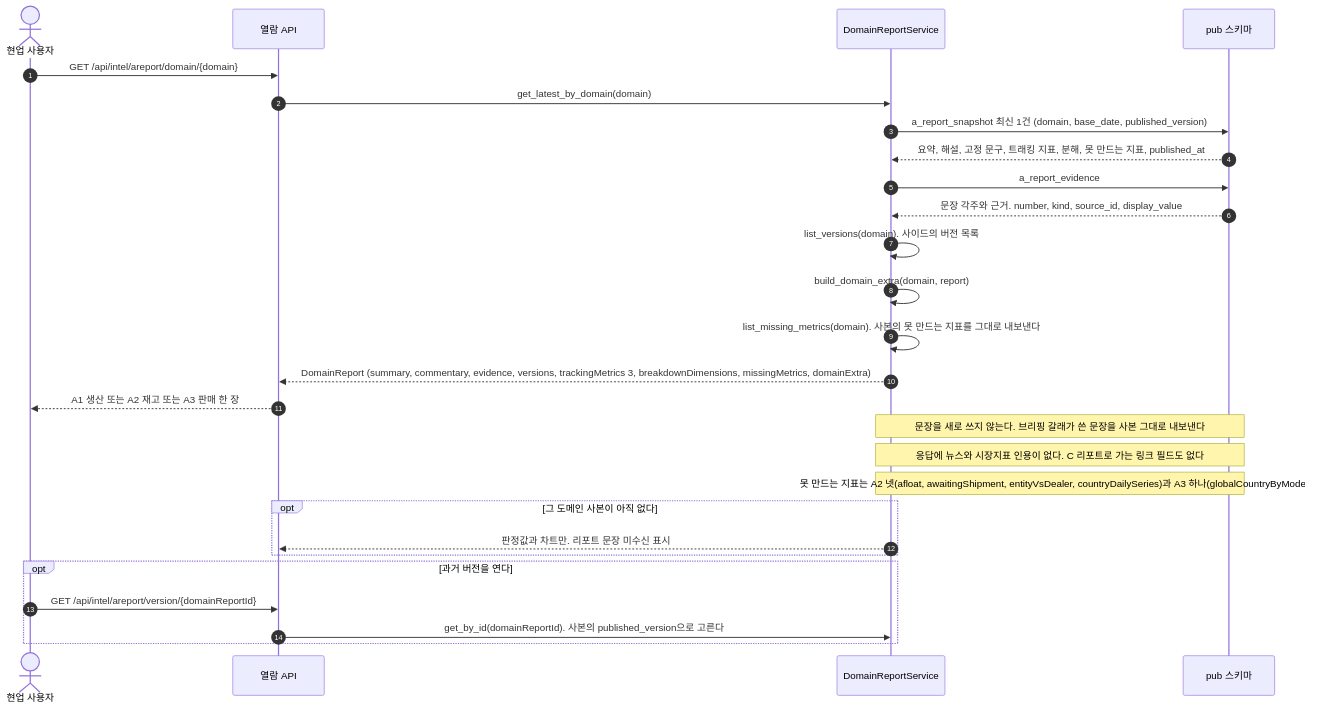
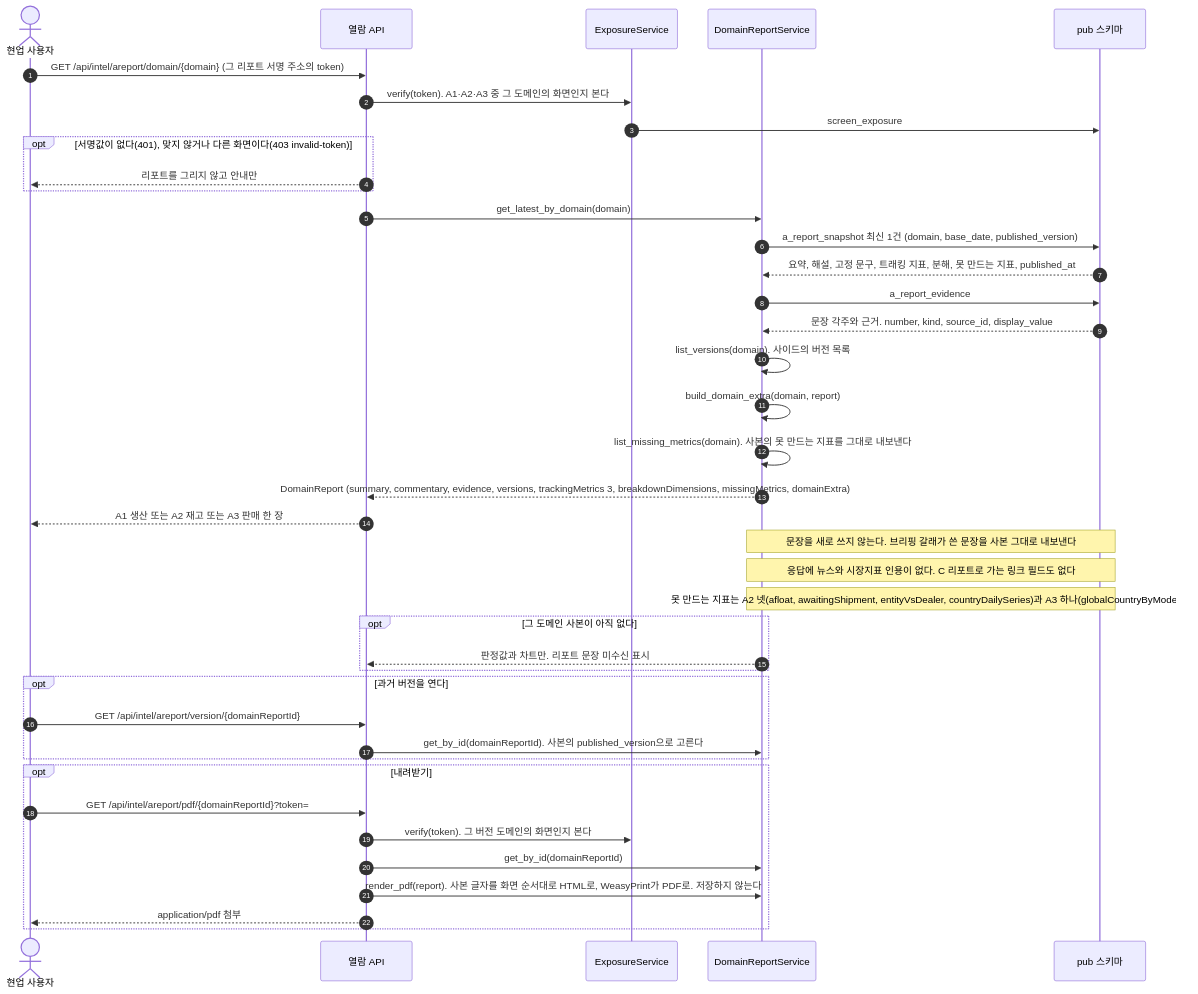
One commit to HoyoungParkme/tableau_platform changed the second of 15 diagrams in docs/specs/09-SEQ/TBL-SEQ-002.md. Above: the diagram before and after it, drawn with Mermaid. The commit also changed other lines of this file, not shown here.

Commit message:
유저 결정 반영(2026-09-30): SEQ-1·SEQ-2에 서명 주소 확인(verify)과 PDF 내려받기, SEQ-15 열람 주소 발급·회전 신설, 생명선 ExposureService, 대응표, 미결 둘 해소.

````diff
--- a/docs/specs/09-SEQ/TBL-SEQ-002.md
+++ b/docs/specs/09-SEQ/TBL-SEQ-002.md
@@ -127,29 +134,42 @@
 ```mermaid
 sequenceDiagram
   autonumber
   actor H as 현업 사용자
   participant API as 열람 API
+  participant EXP as ExposureService
   participant DRS as DomainReportService
   participant DB_PUB as pub 스키마
-  H->>API: GET /api/intel/areport/domain/{domain}
+  H->>API: GET /api/intel/areport/domain/{domain} (그 리포트 서명 주소의 token)
+  API->>EXP: verify(token). A1·A2·A3 중 그 도메인의 화면인지 본다
+  EXP->>DB_PUB: screen_exposure
+  opt 서명값이 없다(401), 맞지 않거나 다른 화면이다(403 invalid-token)
+    API-->>H: 리포트를 그리지 않고 안내만
+  end
   API->>DRS: get_latest_by_domain(domain)
   DRS->>DB_PUB: a_report_snapshot 최신 1건 (domain, base_date, published_version)
   DB_PUB-->>DRS: 요약, 해설, 고정 문구, 트래킹 지표, 분해, 못 만드는 지표, published_at
   DRS->>DB_PUB: a_report_evidence
   DB_PUB-->>DRS: 문장 각주와 근거. number, kind, source_id, display_value
   DRS->>DRS: list_versions(domain). 사이드의 버전 목록
   DRS->>DRS: build_domain_extra(domain, report)
   DRS->>DRS: list_missing_metrics(domain). 사본의 못 만드는 지표를 그대로 내보낸다
   DRS-->>API: DomainReport (summary, commentary, evidence, versions, trackingMetrics 3, breakdownDimensions, missingMetrics, domainExtra)
   API-->>H: A1 생산 또는 A2 재고 또는 A3 판매 한 장
   Note over DRS,DB_PUB: 문장을 새로 쓰지 않는다. 브리핑 갈래가 쓴 문장을 사본 그대로 내보낸다
   Note over DRS,DB_PUB: 응답에 뉴스와 시장지표 인용이 없다. C 리포트로 가는 링크 필드도 없다
   Note over DRS,DB_PUB: 못 만드는 지표는 A2 넷(afloat, awaitingShipment, entityVsDealer, countryDailySeries)과 A3 하나(globalCountryByModel)다
   opt 그 도메인 사본이 아직 없다
     DRS-->>API: 판정값과 차트만. 리포트 문장 미수신 표시
   end
   opt 과거 버전을 연다
     H->>API: GET /api/intel/areport/version/{domainReportId}
     API->>DRS: get_by_id(domainReportId). 사본의 published_version으로 고른다
   end
+  opt 내려받기
+    H->>API: GET /api/intel/areport/pdf/{domainReportId}?token=
+    API->>EXP: verify(token). 그 버전 도메인의 화면인지 본다
+    API->>DRS: get_by_id(domainReportId)
+    API->>DRS: render_pdf(report). 사본 글자를 화면 순서대로 HTML로, WeasyPrint가 PDF로. 저장하지 않는다
+    API-->>H: application/pdf 첨부
+  end
 ```
````
